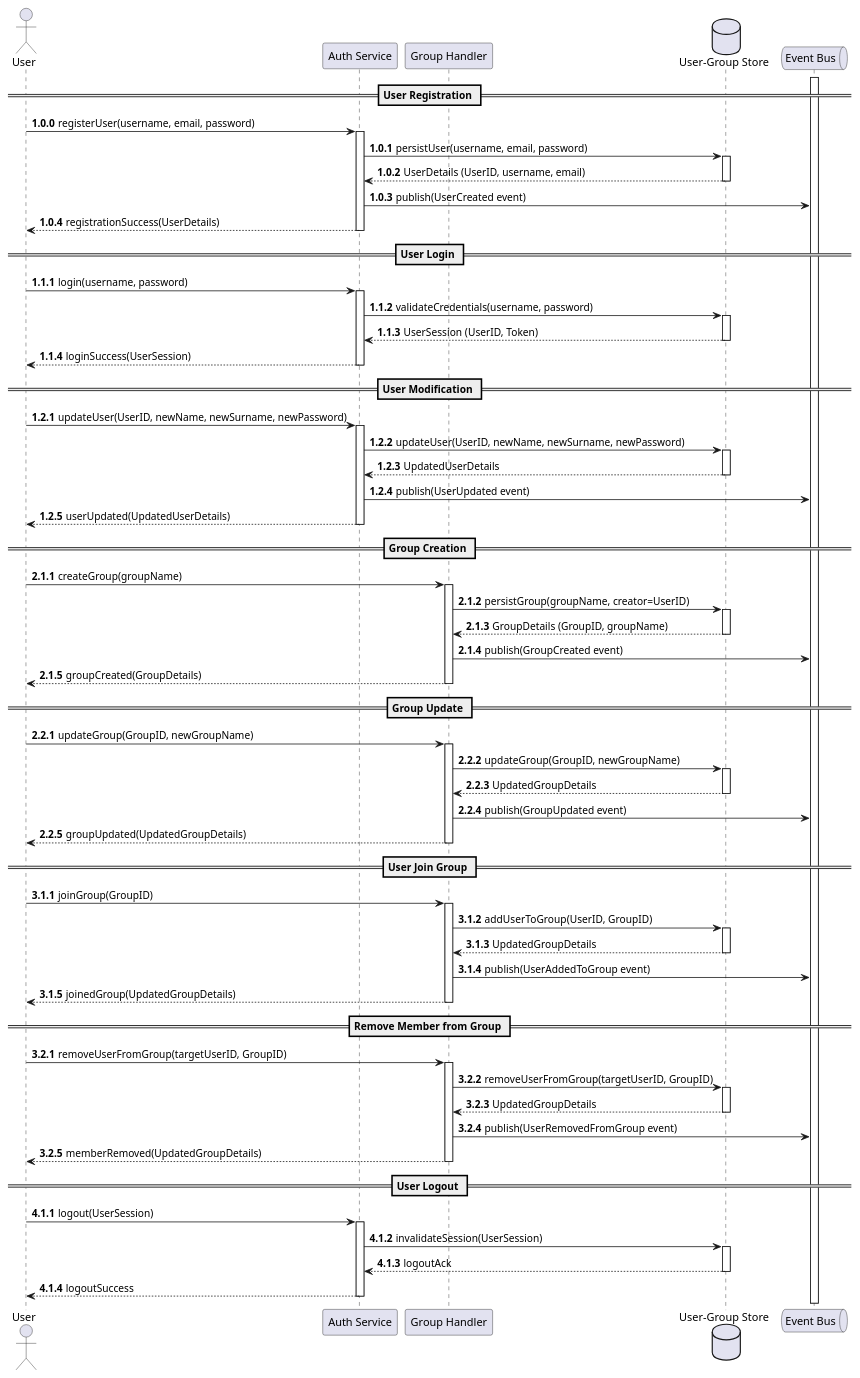
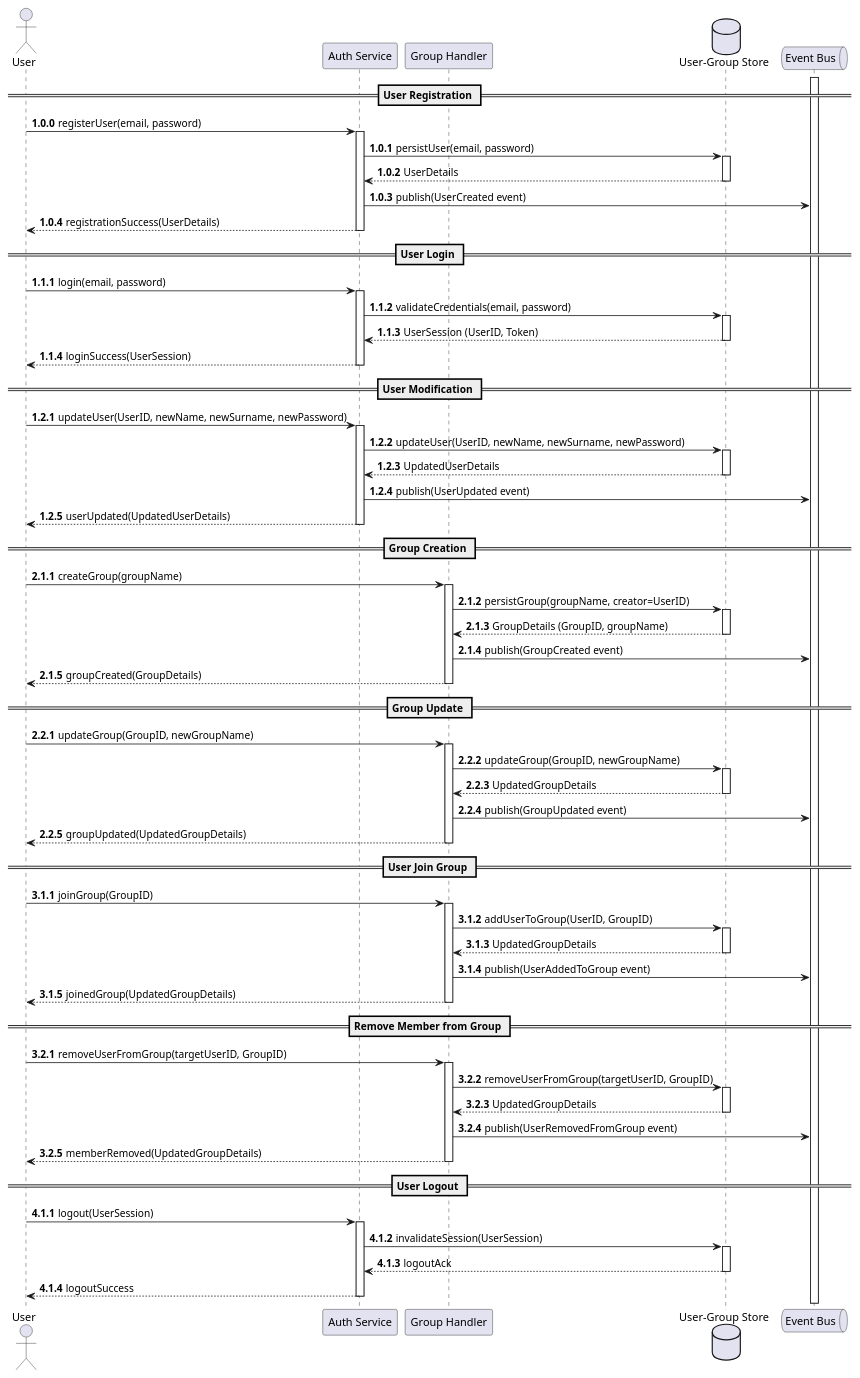
The third of 3 diagrams in content/docs/4-detailed-design/5-user-groups-service.md (position-pal/Documentation), drawn with PlantUML before and after one commit. The commit also changed other lines of this file and 12 other files, not shown here.

```diff
--- a/content/docs/4-detailed-design/5-user-groups-service.md
+++ b/content/docs/4-detailed-design/5-user-groups-service.md
@@ -209,11 +195,11 @@
 activate EB
 
 == User Registration ==
-U -> AS: registerUser(username, email, password)
+U -> AS: registerUser(email, password)
 activate AS
-AS -> UGS: persistUser(username, email, password)
+AS -> UGS: persistUser(email, password)
 activate UGS
-UGS --> AS: UserDetails (UserID, username, email)
+UGS --> AS: UserDetails
 deactivate UGS
 AS -> EB: publish(UserCreated event)
 AS --> U: registrationSuccess(UserDetails)
@@ -221,9 +207,9 @@
 
 == User Login ==
 autonumber inc B
-U -> AS: login(username, password)
+U -> AS: login(email, password)
 activate AS
-AS -> UGS: validateCredentials(username, password)
+AS -> UGS: validateCredentials(email, password)
 activate UGS
 UGS --> AS: UserSession (UserID, Token)
 deactivate UGS
```
